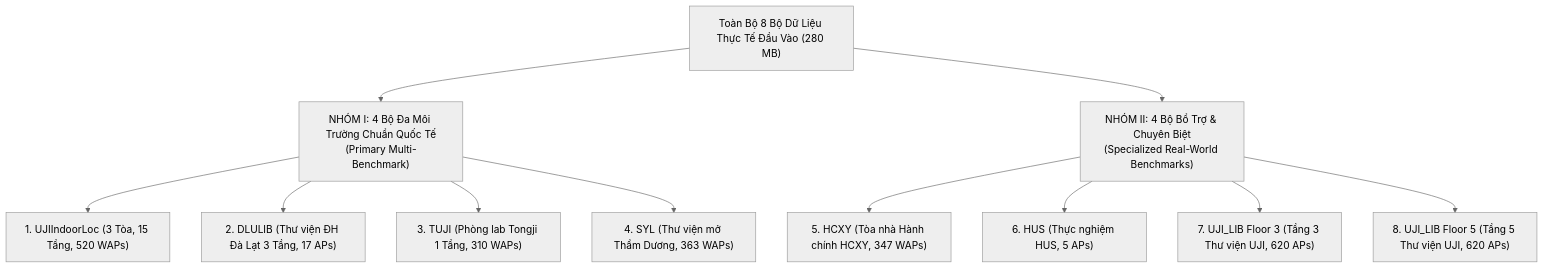
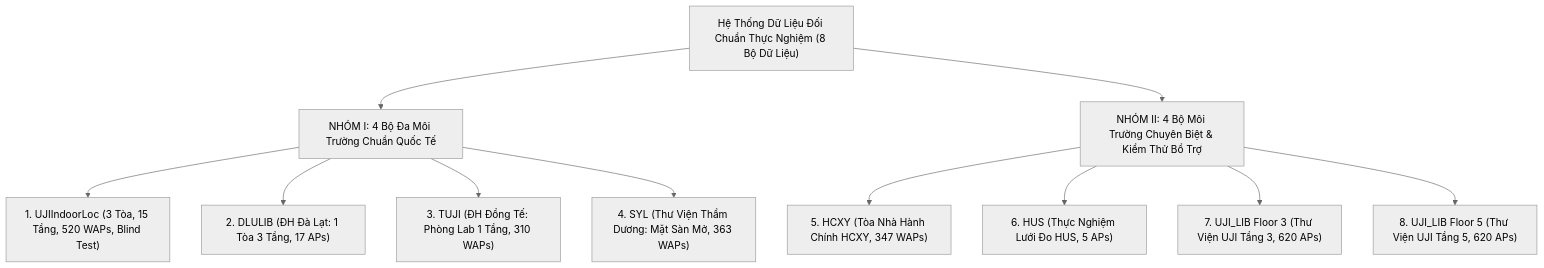
The first of 2 diagrams in docs/Hoc/Bao_Cao_Hybrid_RF_AutoLoC_Chi_Tiet.md (GiaBaoK46DLU/IPS_ThacSi), drawn with Mermaid (neutral theme) before and after one commit. The commit also changed other lines of this file and 3 other files, not shown here.

Commit message:
rmv KNN, update report, update diagram of Hoc's branch

````diff
--- a/docs/Hoc/Bao_Cao_Hybrid_RF_AutoLoC_Chi_Tiet.md
+++ b/docs/Hoc/Bao_Cao_Hybrid_RF_AutoLoC_Chi_Tiet.md
@@ -39,15 +60,15 @@
 ```mermaid
 flowchart TD
-    AllData["Toàn Bộ 8 Bộ Dữ Liệu Thực Tế Đầu Vào (280 MB)"] --> Group1["NHÓM I: 4 Bộ Đa Môi Trường Chuẩn Quốc Tế<br/>(Primary Multi-Benchmark)"]
-    AllData --> Group2["NHÓM II: 4 Bộ Bổ Trợ & Chuyên Biệt<br/>(Specialized Real-World Benchmarks)"]
+    AllData["Hệ Thống Dữ Liệu Đối Chuẩn Thực Nghiệm (8 Bộ Dữ Liệu)"] --> Group1["NHÓM I: 4 Bộ Đa Môi Trường Chuẩn Quốc Tế"]
+    AllData --> Group2["NHÓM II: 4 Bộ Môi Trường Chuyên Biệt & Kiểm Thử Bổ Trợ"]
 
-    Group1 --> D1["1. UJIIndoorLoc (3 Tòa, 15 Tầng, 520 WAPs)"]
-    Group1 --> D2["2. DLULIB (Thư viện ĐH Đà Lạt 3 Tầng, 17 APs)"]
-    Group1 --> D3["3. TUJI (Phòng lab Tongji 1 Tầng, 310 WAPs)"]
-    Group1 --> D4["4. SYL (Thư viện mở Thẩm Dương, 363 WAPs)"]
+    Group1 --> D1["1. UJIIndoorLoc (3 Tòa, 15 Tầng, 520 WAPs, Blind Test)"]
+    Group1 --> D2["2. DLULIB (ĐH Đà Lạt: 1 Tòa 3 Tầng, 17 APs)"]
+    Group1 --> D3["3. TUJI (ĐH Đồng Tế: Phòng Lab 1 Tầng, 310 WAPs)"]
+    Group1 --> D4["4. SYL (Thư Viện Thẩm Dương: Mặt Sàn Mở, 363 WAPs)"]
 
-    Group2 --> D5["5. HCXY (Tòa nhà Hành chính HCXY, 347 WAPs)"]
-    Group2 --> D6["6. HUS (Thực nghiệm HUS, 5 APs)"]
-    Group2 --> D7["7. UJI_LIB Floor 3 (Tầng 3 Thư viện UJI, 620 APs)"]
-    Group2 --> D8["8. UJI_LIB Floor 5 (Tầng 5 Thư viện UJI, 620 APs)"]
+    Group2 --> D5["5. HCXY (Tòa Nhà Hành Chính HCXY, 347 WAPs)"]
+    Group2 --> D6["6. HUS (Thực Nghiệm Lưới Đo HUS, 5 APs)"]
+    Group2 --> D7["7. UJI_LIB Floor 3 (Thư Viện UJI Tầng 3, 620 APs)"]
+    Group2 --> D8["8. UJI_LIB Floor 5 (Thư Viện UJI Tầng 5, 620 APs)"]
 ```
````
